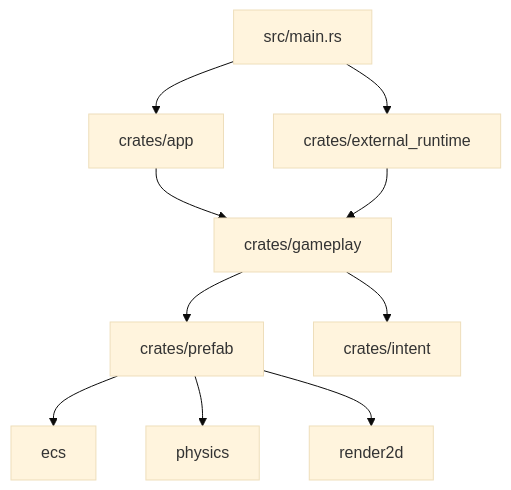
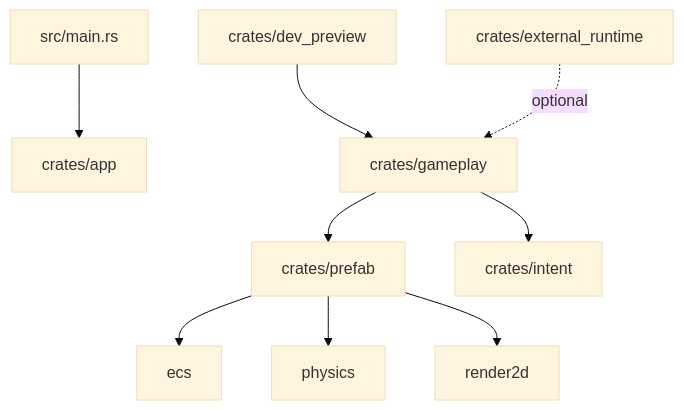
Before and after one commit to atlas-orien/bevy-template: the diagram in README.md, drawn with Mermaid (base theme). The commit also changed other lines of this file and 10 other files, not shown here.

Commit message:
Split default app from dev preview

````diff
--- a/README.md
+++ b/README.md
@@ -84,15 +92,14 @@
 ```mermaid
 flowchart TD
     main["src/main.rs"] --> app["crates/app"]
-    main --> external_runtime["crates/external_runtime"]
+    dev_preview["crates/dev_preview"] --> gameplay["crates/gameplay"]
 
-    app --> gameplay["crates/gameplay"]
-    external_runtime --> gameplay
+    external_runtime["crates/external_runtime"] -. optional .-> gameplay
 
     gameplay --> prefab["crates/prefab"]
     gameplay --> intent["crates/intent"]
 
     prefab --> ecs
     prefab --> physics
     prefab --> render2d
 ```
````
